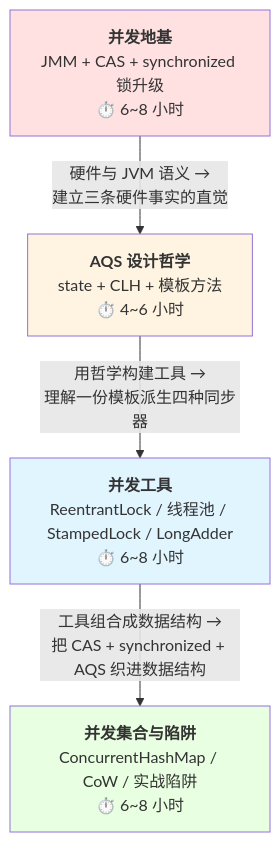
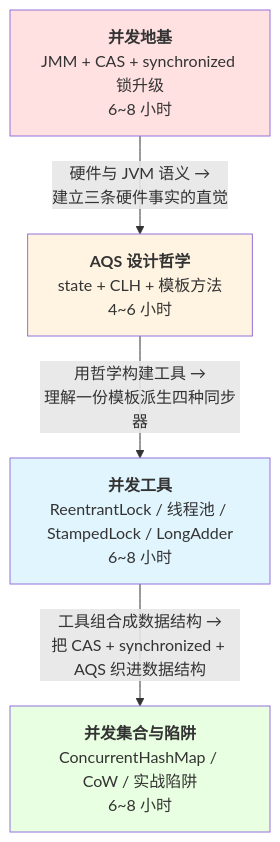
Before and after one commit to b1tzer/b1tzer.github.io: the third of 3 diagrams in docs/01-java-basic/02-并发编程/10-concurrency-overview.md, drawn with Mermaid. The commit also changed other lines of this file and 22 other files, not shown here.

````diff
--- a/docs/01-java-basic/02-并发编程/10-concurrency-overview.md
+++ b/docs/01-java-basic/02-并发编程/10-concurrency-overview.md
@@ -87,13 +87,13 @@
 ```mermaid
 flowchart TB
-    A["<b>并发地基</b><br/>JMM + CAS + synchronized 锁升级<br/>⏱️ 6~8 小时"] -->|"硬件与 JVM 语义 →<br/>建立三条硬件事实的直觉"| B["<b>AQS 设计哲学</b><br/>state + CLH + 模板方法<br/>⏱️ 4~6 小时"]
+    A["<b>并发地基</b><br/>JMM + CAS + synchronized 锁升级<br/>6~8 小时"] -->|"硬件与 JVM 语义 →<br/>建立三条硬件事实的直觉"| B["<b>AQS 设计哲学</b><br/>state + CLH + 模板方法<br/>4~6 小时"]
 
-    B -->|"用哲学构建工具 →<br/>理解一份模板派生四种同步器"| C["<b>并发工具</b><br/>ReentrantLock / 线程池 / StampedLock / LongAdder<br/>⏱️ 6~8 小时"]
+    B -->|"用哲学构建工具 →<br/>理解一份模板派生四种同步器"| C["<b>并发工具</b><br/>ReentrantLock / 线程池 / StampedLock / LongAdder<br/>6~8 小时"]
 
-    C -->|"工具组合成数据结构 →<br/>把 CAS + synchronized + AQS 织进数据结构"| D["<b>并发集合与陷阱</b><br/>ConcurrentHashMap / CoW / 实战陷阱<br/>⏱️ 6~8 小时"]
+    C -->|"工具组合成数据结构 →<br/>把 CAS + synchronized + AQS 织进数据结构"| D["<b>并发集合与陷阱</b><br/>ConcurrentHashMap / CoW / 实战陷阱<br/>6~8 小时"]
 
     style A fill:#ffe1e1
     style B fill:#fff4e1
     style C fill:#e1f5ff
     style D fill:#e8ffe1
 ```
````
